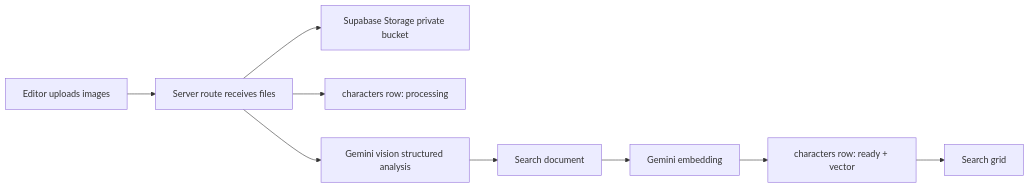
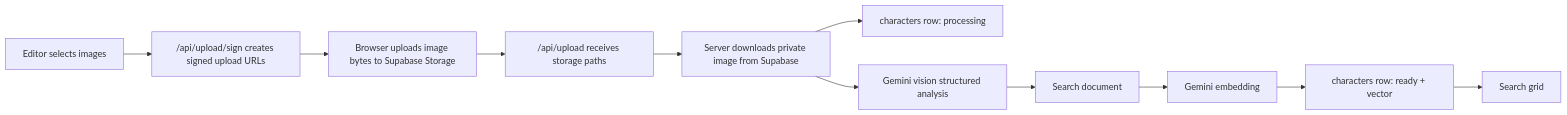
One commit to sanjog-valid/characters-valid changed the first of 2 diagrams in docs/technical-architecture.md. Above: the diagram before and after it, drawn with Mermaid. The commit also changed other lines of this file and 7 other files, not shown here.

Commit message:
Use direct storage uploads

````diff
--- a/docs/technical-architecture.md
+++ b/docs/technical-architecture.md
@@ -20,11 +20,13 @@
 ```mermaid
 flowchart LR
-  A["Editor uploads images"] --> B["Server route receives files"]
-  B --> C["Supabase Storage private bucket"]
-  B --> D["characters row: processing"]
-  B --> E["Gemini vision structured analysis"]
-  E --> F["Search document"]
-  F --> G["Gemini embedding"]
-  G --> H["characters row: ready + vector"]
-  H --> I["Search grid"]
+  A["Editor selects images"] --> B["/api/upload/sign creates signed upload URLs"]
+  B --> C["Browser uploads image bytes to Supabase Storage"]
+  C --> D["/api/upload receives storage paths"]
+  D --> E["Server downloads private image from Supabase"]
+  E --> F["characters row: processing"]
+  E --> G["Gemini vision structured analysis"]
+  G --> H["Search document"]
+  H --> I["Gemini embedding"]
+  I --> J["characters row: ready + vector"]
+  J --> K["Search grid"]
 ```
````
